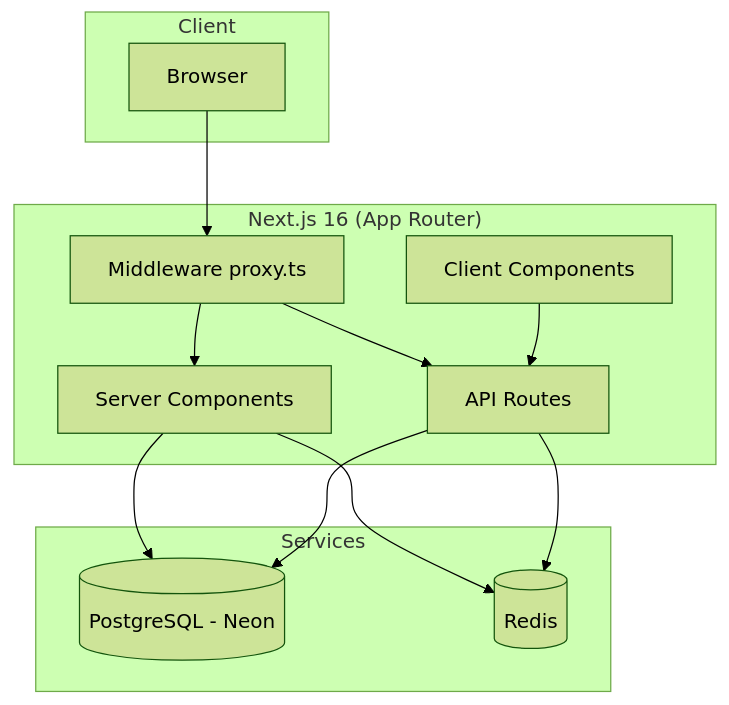
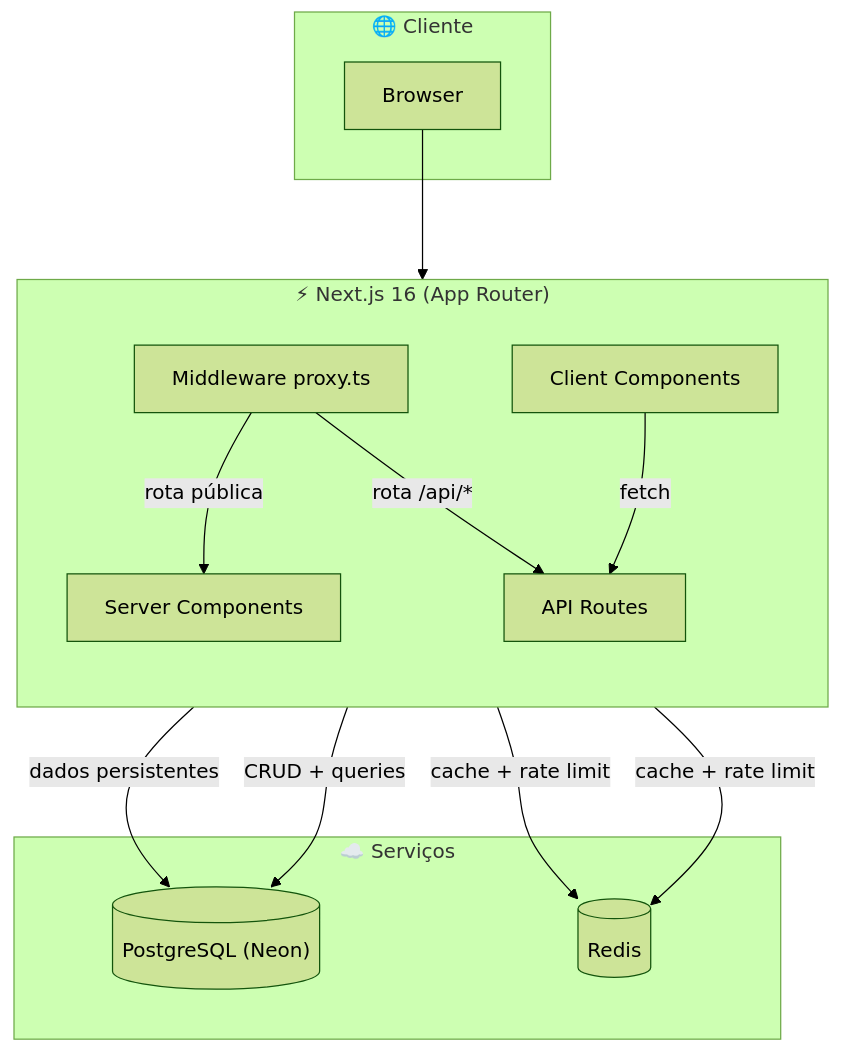
Before and after one commit to eduardoaugustolb/encurtador-url: the first of 2 diagrams in docs/arquitetura.md, drawn with Mermaid (forest theme). The commit also changed other lines of this file and 3 other files, not shown here.

Commit message:
docs: reorganize mermaid diagrams with spacing, autonumber, and color-coded phases

````diff
--- a/docs/arquitetura.md
+++ b/docs/arquitetura.md
@@ -5,27 +5,33 @@
 ```mermaid
+%%{init: {'flowchart': {'nodeSpacing': 60, 'rankSpacing': 80}}}%%
 graph TB
-    subgraph Client
-        Browser
+    subgraph Client["🌐 Cliente"]
+        Browser["Browser"]
     end
 
-    subgraph "Next.js 16 (App Router)"
-        MW[Middleware proxy.ts]
-        SC[Server Components]
-        CC[Client Components]
-        API[API Routes]
+    subgraph NextJS["⚡ Next.js 16 (App Router)"]
+        direction TB
+        MW["Middleware proxy.ts"]
+        SC["Server Components"]
+        CC["Client Components"]
+        API["API Routes"]
     end
 
-    subgraph "Services"
-        PG[(PostgreSQL - Neon)]
-        REDIS[(Redis)]
+    subgraph Services["☁️ Serviços"]
+        PG[("PostgreSQL (Neon)")]
+        REDIS[("Redis")]
     end
 
     Browser --> MW
-    MW --> SC
-    MW --> API
-    SC --> PG
-    SC --> REDIS
-    API --> PG
-    API --> REDIS
-    CC --> API
+
+    MW -->|rota pública| SC
+    MW -->|rota /api/*| API
+
+    SC -->|dados persistentes| PG
+    SC -->|cache + rate limit| REDIS
+
+    API -->|CRUD + queries| PG
+    API -->|cache + rate limit| REDIS
+
+    CC -->|fetch| API
 ```
````
